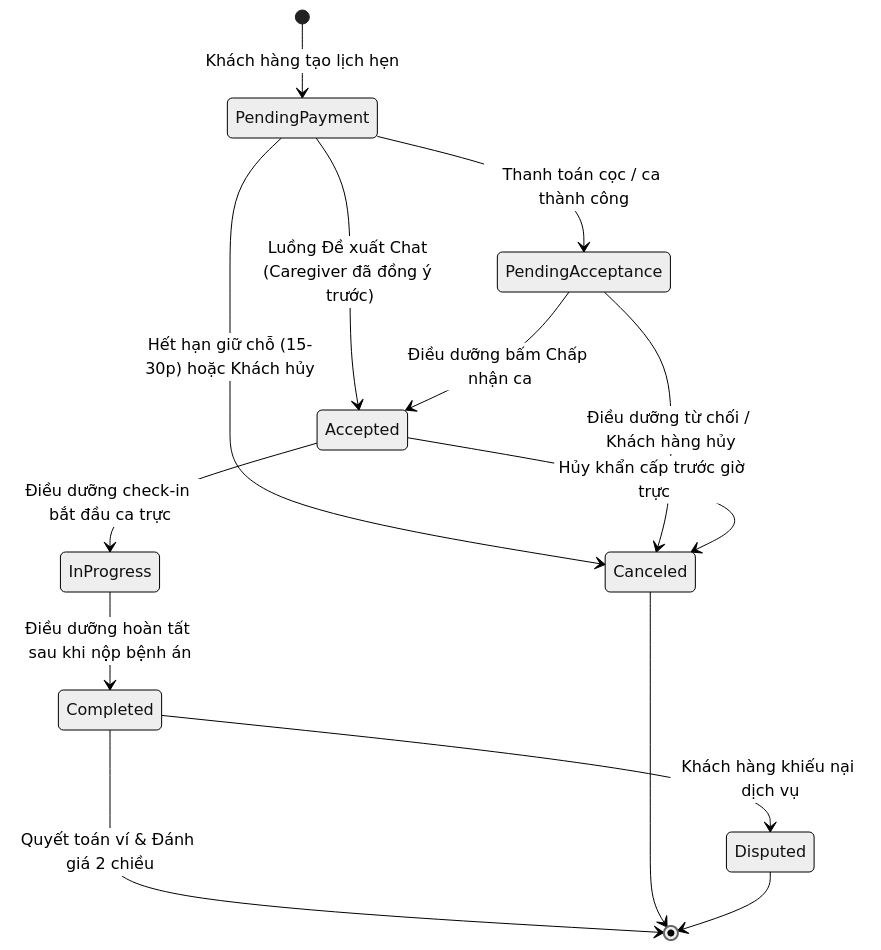
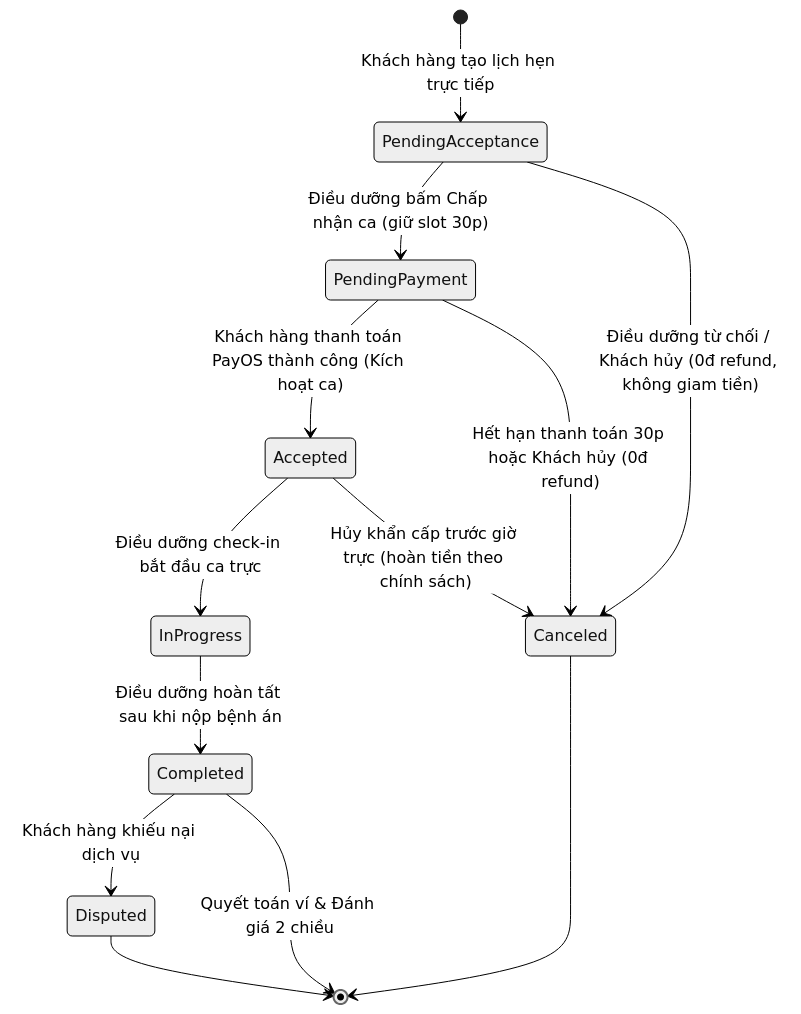
The diagram in docs/ai/API_CONTRACT_AND_DOMAIN_RULES.md (DuongDinhKhoi-2607/CareLink_BE), drawn with Mermaid (neutral theme) before and after one commit. The commit also changed other lines of this file and 10 other files, not shown here.

````diff
--- a/docs/ai/API_CONTRACT_AND_DOMAIN_RULES.md
+++ b/docs/ai/API_CONTRACT_AND_DOMAIN_RULES.md
@@ -29,16 +29,15 @@
 ```mermaid
 stateDiagram-v2
-    [*] --> PendingPayment: Khách hàng tạo lịch hẹn
-    PendingPayment --> PendingAcceptance: Thanh toán cọc / ca thành công
-    PendingPayment --> Canceled: Hết hạn giữ chỗ (15-30p) hoặc Khách hủy
-    PendingPayment --> Accepted: Luồng Đề xuất Chat (Caregiver đã đồng ý trước)
-    PendingAcceptance --> Accepted: Điều dưỡng bấm Chấp nhận ca
-    PendingAcceptance --> Canceled: Điều dưỡng từ chối / Khách hàng hủy
+    [*] --> PendingAcceptance: Khách hàng tạo lịch hẹn trực tiếp
+    PendingAcceptance --> PendingPayment: Điều dưỡng bấm Chấp nhận ca (giữ slot 30p)
+    PendingAcceptance --> Canceled: Điều dưỡng từ chối / Khách hủy (0đ refund, không giam tiền)
+    PendingPayment --> Accepted: Khách hàng thanh toán PayOS thành công (Kích hoạt ca)
+    PendingPayment --> Canceled: Hết hạn thanh toán 30p hoặc Khách hủy (0đ refund)
     Accepted --> InProgress: Điều dưỡng check-in bắt đầu ca trực
-    Accepted --> Canceled: Hủy khẩn cấp trước giờ trực
+    Accepted --> Canceled: Hủy khẩn cấp trước giờ trực (hoàn tiền theo chính sách)
     InProgress --> Completed: Điều dưỡng hoàn tất sau khi nộp bệnh án
     Completed --> Disputed: Khách hàng khiếu nại dịch vụ
     Completed --> [*]: Quyết toán ví & Đánh giá 2 chiều
     Canceled --> [*]
     Disputed --> [*]
 ```
````
